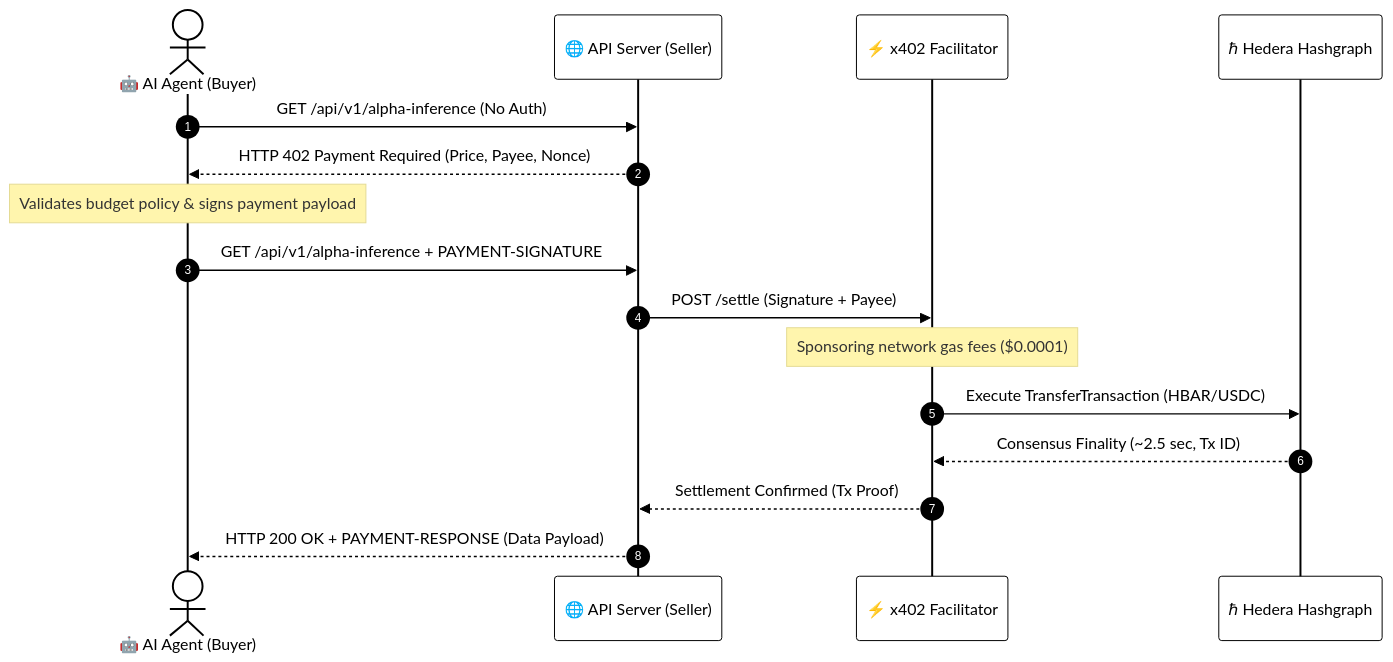
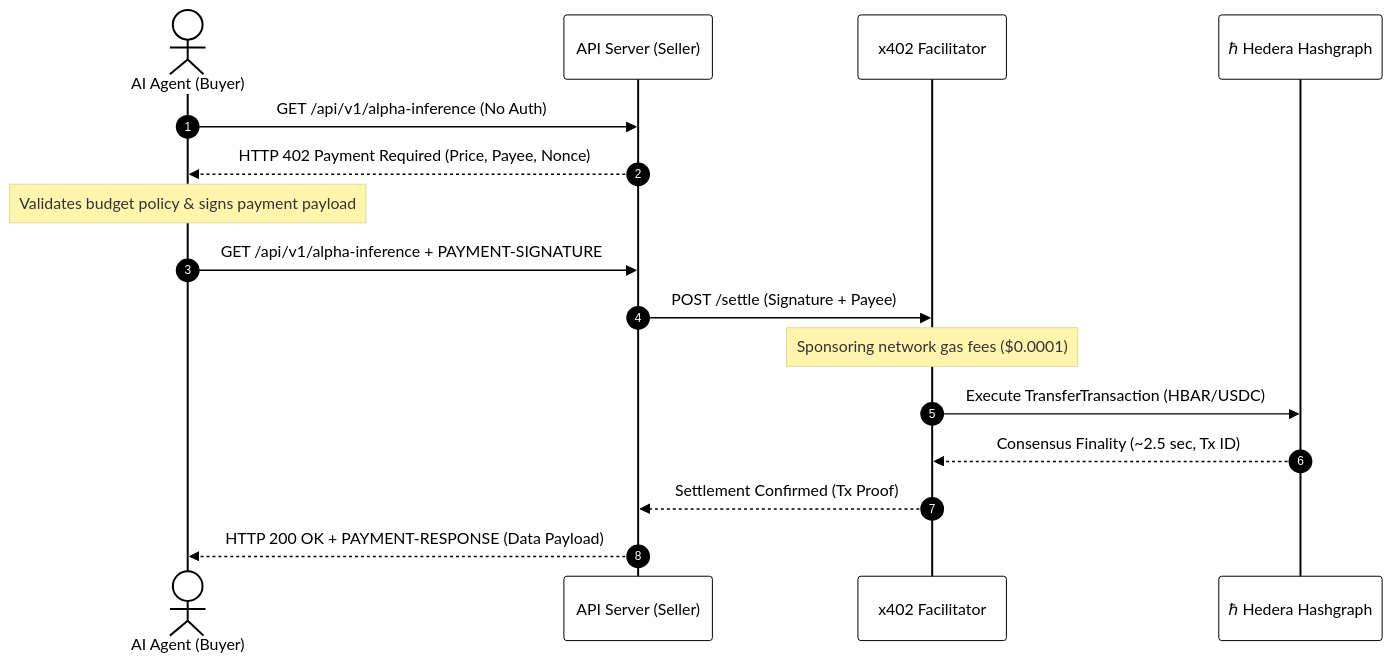
The first of 2 diagrams in course/English/M10_Agentic_Micropayments_x402/README.md (altaga/Hedera-By-Example), drawn with Mermaid before and after one commit. The commit also changed other lines of this file and 590 other files, not shown here.

````diff
--- a/course/English/M10_Agentic_Micropayments_x402/README.md
+++ b/course/English/M10_Agentic_Micropayments_x402/README.md
@@ -34,37 +34,37 @@
 ```mermaid
 %%{init: {
   'theme': 'base',
   'themeVariables': {
     'primaryColor': '#ffffff',
     'primaryTextColor': '#000000',
     'primaryBorderColor': '#000000',
     'lineColor': '#000000',
     'secondaryColor': '#FF4500',
     'tertiaryColor': '#ffffff',
     'mainBkg': '#ffffff',
     'nodeBorder': '#000000',
     'clusterBkg': '#F9F9F6',
     'clusterBorder': '#000000',
     'fontSize': '14px',
     'fontFamily': 'Inter, system-ui, -apple-system, sans-serif',
     'nodeRadius': '0px'
   }
 }}%%
 sequenceDiagram
     autonumber
-    actor Agent as 🤖 AI Agent (Buyer)
-    participant Server as 🌐 API Server (Seller)
-    participant Facilitator as ⚡ x402 Facilitator
+    actor Agent as  AI Agent (Buyer)
+    participant Server as  API Server (Seller)
+    participant Facilitator as  x402 Facilitator
     participant Hedera as ℏ Hedera Hashgraph
 
     Agent->>Server: GET /api/v1/alpha-inference (No Auth)
     Server-->>Agent: HTTP 402 Payment Required (Price, Payee, Nonce)
     Note over Agent: Validates budget policy & signs payment payload
     Agent->>Server: GET /api/v1/alpha-inference + PAYMENT-SIGNATURE
     Server->>Facilitator: POST /settle (Signature + Payee)
     Note over Facilitator: Sponsoring network gas fees ($0.0001)
     Facilitator->>Hedera: Execute TransferTransaction (HBAR/USDC)
     Hedera-->>Facilitator: Consensus Finality (~2.5 sec, Tx ID)
     Facilitator-->>Server: Settlement Confirmed (Tx Proof)
     Server-->>Agent: HTTP 200 OK + PAYMENT-RESPONSE (Data Payload)
 ```
````
